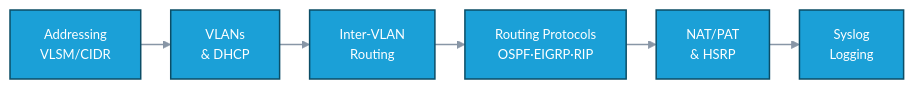
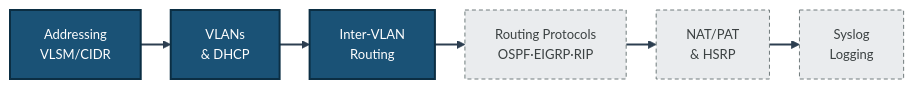
One commit to malaika-azhar/Cisco-Networking-Lab-Portfolio changed the third of 6 diagrams in README.md. Above: the diagram before and after it, drawn with Mermaid. The commit also changed other lines of this file, not shown here.

````diff
--- a/README.md
+++ b/README.md
@@ -115,7 +128,8 @@
 ```mermaid
-%%{init: {'theme': 'base', 'themeVariables': {'fontSize': '13px'}, 'flowchart': {'nodeSpacing': 14, 'rankSpacing': 30}}}%%
+%%{init: {'theme': 'base', 'themeVariables': {'fontSize': '13px'}, 'flowchart': {'nodeSpacing': 16, 'rankSpacing': 30}}}%%
 flowchart LR
-    A["Addressing<br/>VLSM/CIDR"]:::n --> B["VLANs<br/>& DHCP"]:::n --> C["Inter-VLAN<br/>Routing"]:::n --> D["Routing Protocols<br/>OSPF·EIGRP·RIP"]:::n --> E["NAT/PAT<br/>& HSRP"]:::n --> F["Syslog<br/>Logging"]:::n
-    classDef n fill:#1BA0D7,stroke:#0B4D66,stroke-width:1.5px,color:#FFFFFF
-    linkStyle default stroke:#8896A6,stroke-width:1.5px
+    A["Addressing<br/>VLSM/CIDR"]:::seen --> B["VLANs<br/>& DHCP"]:::seen --> C["Inter-VLAN<br/>Routing"]:::seen --> D["Routing Protocols<br/>OSPF·EIGRP·RIP"]:::unseen --> E["NAT/PAT<br/>& HSRP"]:::unseen --> F["Syslog<br/>Logging"]:::unseen
+    classDef seen fill:#1A5276,stroke:#0B2E43,stroke-width:2px,color:#FFFFFF
+    classDef unseen fill:#EAECEE,stroke:#707B7C,color:#3B4142,stroke-dasharray: 4 3
+    linkStyle default stroke:#2C3E50,stroke-width:2px
 ```
````
